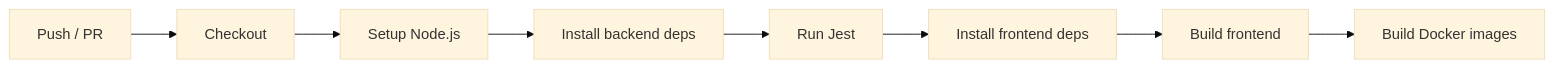
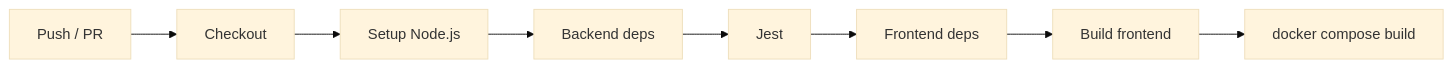
Before and after one commit to devKartikeya/WhyLong: the third of 3 diagrams in README.md, drawn with Mermaid (base theme). The commit also changed other lines of this file, not shown here.

````diff
--- a/README.md
+++ b/README.md
@@ -377,4 +401,4 @@
 ```mermaid
 flowchart LR
-    A["Push / PR"] --> B["Checkout"] --> C["Setup Node.js"] --> D["Install backend deps"] --> E["Run Jest"] --> F["Install frontend deps"] --> G["Build frontend"] --> H["Build Docker images"]
+    A["Push / PR"] --> B["Checkout"] --> C["Setup Node.js"] --> D["Backend deps"] --> E["Jest"] --> F["Frontend deps"] --> G["Build frontend"] --> H["docker compose build"]
 ```
````
